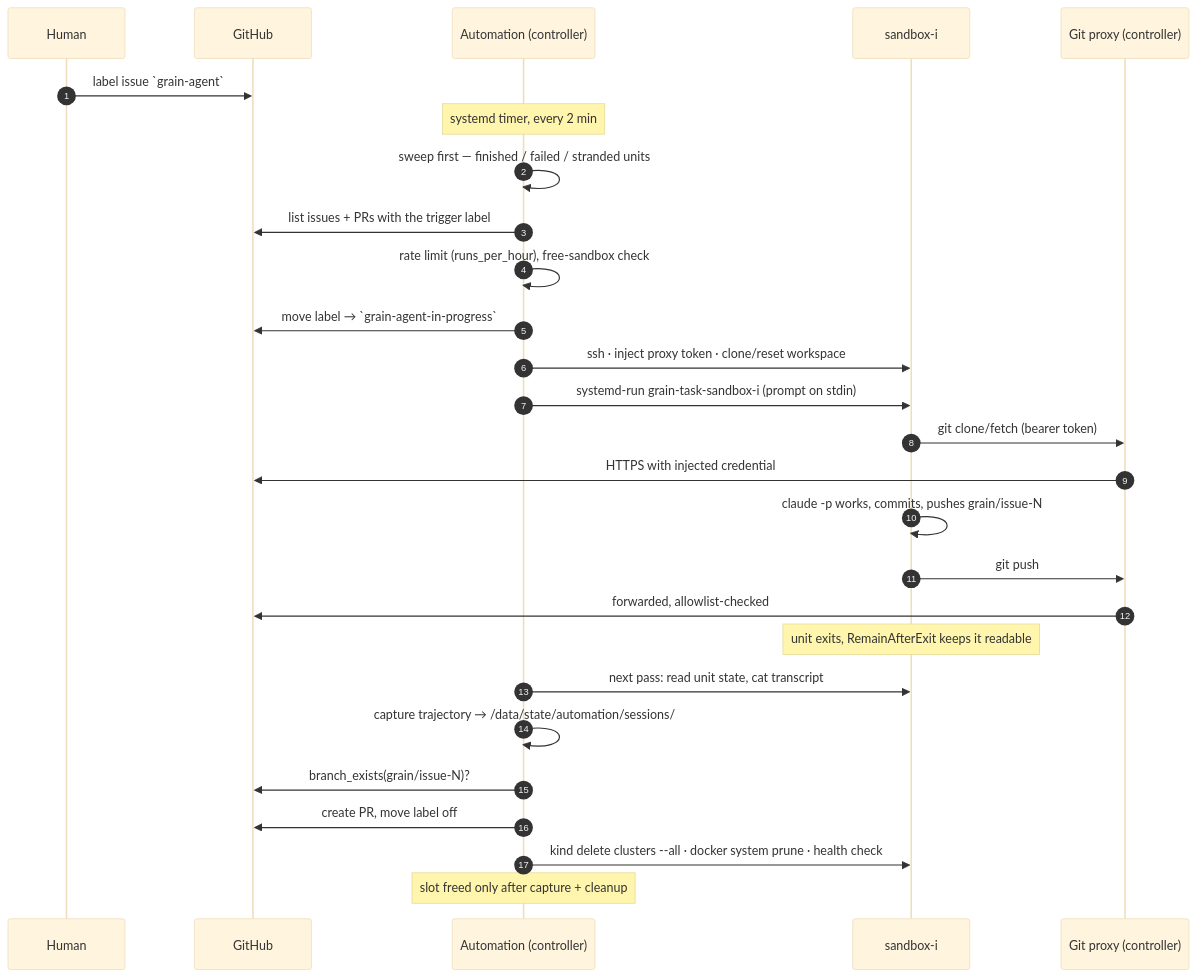
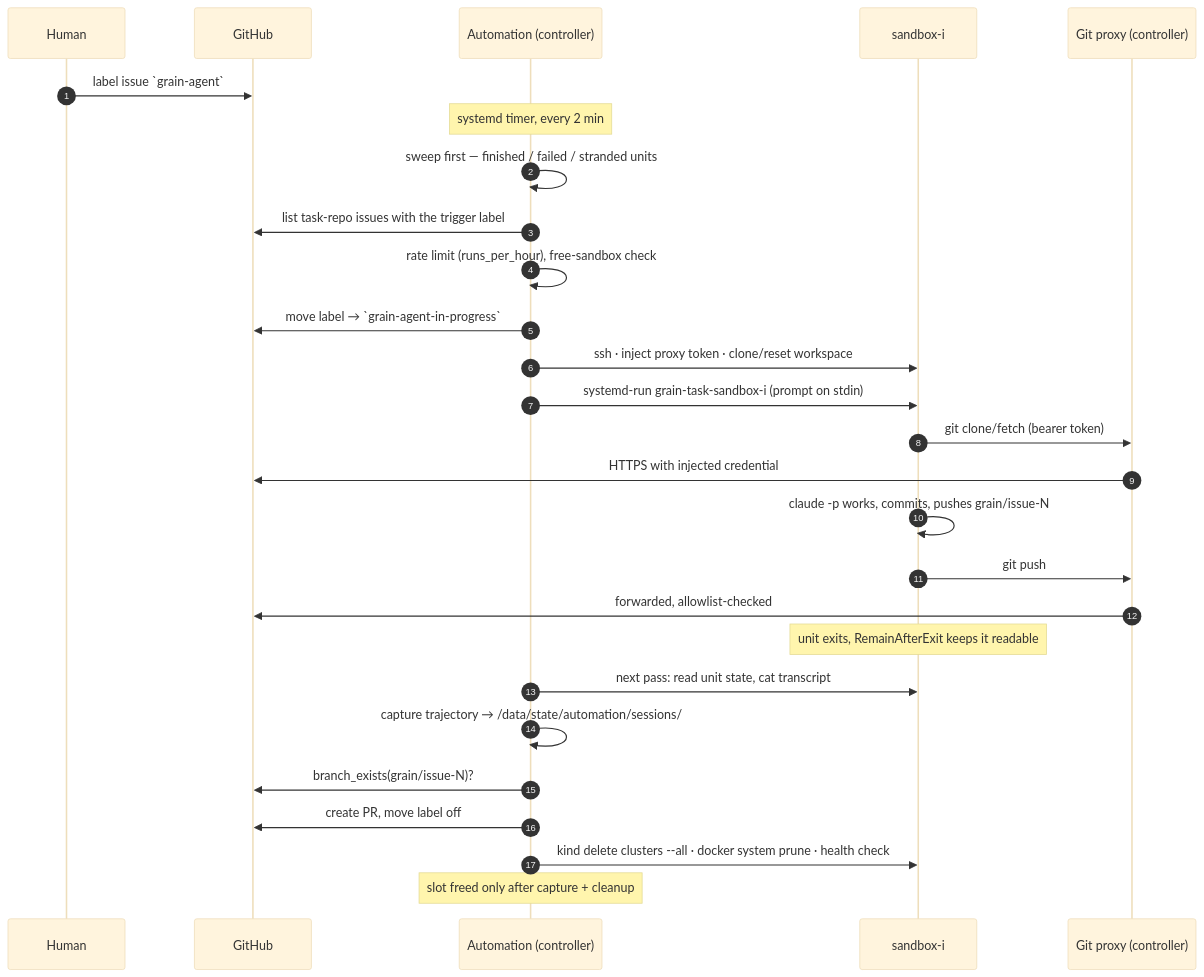
Before and after one commit to bwsalmon/grain: the fifth of 5 diagrams in docs/system-diagram.md, drawn with Mermaid (base theme). The commit also changed other lines of this file and 31 other files, not shown here.

````diff
--- a/docs/system-diagram.md
+++ b/docs/system-diagram.md
@@ -322,30 +323,30 @@
 ```mermaid
 sequenceDiagram
     autonumber
     participant H as Human
     participant GH as GitHub
     participant A as Automation (controller)
     participant S as sandbox-i
     participant P as Git proxy (controller)
 
     H->>GH: label issue `grain-agent`
     Note over A: systemd timer, every 2 min
     A->>A: sweep first — finished / failed / stranded units
-    A->>GH: list issues + PRs with the trigger label
+    A->>GH: list task-repo issues with the trigger label
     A->>A: rate limit (runs_per_hour), free-sandbox check
     A->>GH: move label → `grain-agent-in-progress`
     A->>S: ssh · inject proxy token · clone/reset workspace
     A->>S: systemd-run grain-task-sandbox-i (prompt on stdin)
     S->>P: git clone/fetch (bearer token)
     P->>GH: HTTPS with injected credential
     S->>S: claude -p works, commits, pushes grain/issue-N
     S->>P: git push
     P->>GH: forwarded, allowlist-checked
     Note over S: unit exits, RemainAfterExit keeps it readable
     A->>S: next pass: read unit state, cat transcript
     A->>A: capture trajectory → /data/state/automation/sessions/
     A->>GH: branch_exists(grain/issue-N)?
     A->>GH: create PR, move label off
     A->>S: kind delete clusters --all · docker system prune · health check
     Note over A: slot freed only after capture + cleanup
 ```
````
